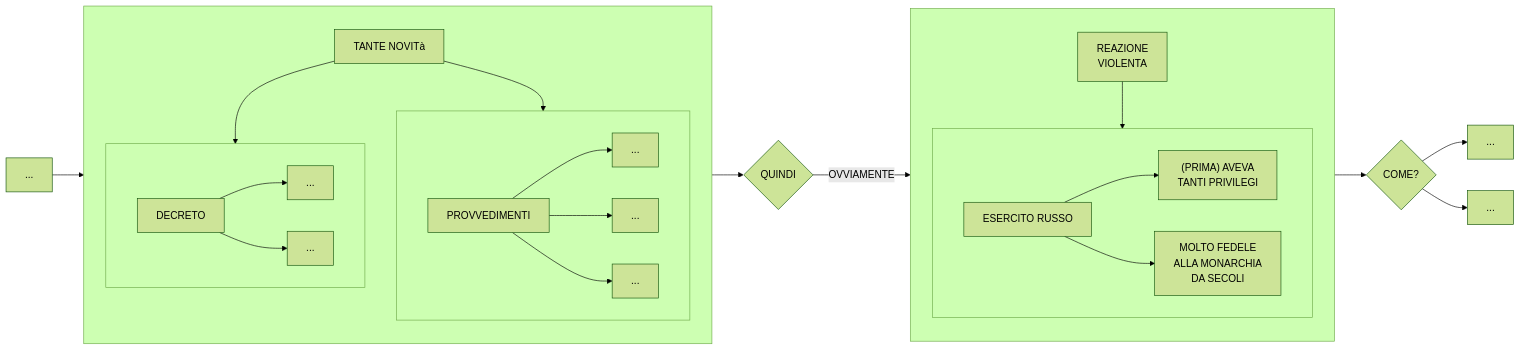
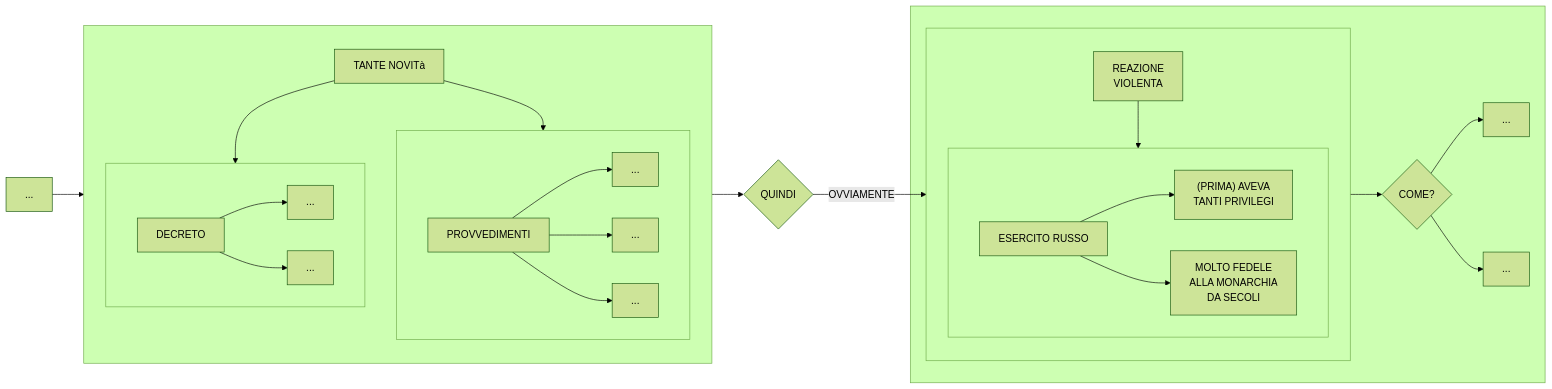
The fifth of 5 diagrams in stalinismo.md (Laaouatni/ricerca-storia-MermaidJS), drawn with Mermaid (forest theme) before and after one commit.

````diff
--- a/stalinismo.md
+++ b/stalinismo.md
@@ -191,39 +191,41 @@
 ```mermaid
 flowchart LR
     03[...]
     subgraph 0[" "]
         01[TANTE NOVITà]
         subgraph 010[" "]
             0100[PROVVEDIMENTI]
             01000[...]
             01001[...]
             01002[...]
             0100 --> 01000 & 01001 & 01002
         end
         subgraph 011[" "]
             0110[DECRETO]
             01100[...]
             01101[...]
             0110 --> 01100 & 01101
         end
         01 --> 010 & 011
     end
     02{QUINDI}
     03 --> 0 --> 02
-    subgraph 020[" "]
-        0200[REAZIONE <br> VIOLENTA]
-        subgraph 021[" "]
-            0210[ESERCITO RUSSO]
-            02100["(PRIMA) AVEVA <BR> TANTI PRIVILEGI"]
-            02101[MOLTO FEDELE <BR> ALLA MONARCHIA <BR> DA SECOLI]
-            0210 --> 02100 & 02101
+    subgraph 022[" "]
+        subgraph 020[" "]
+            0200[REAZIONE <br> VIOLENTA]
+            subgraph 021[" "]
+                0210[ESERCITO RUSSO]
+                02100["(PRIMA) AVEVA <BR> TANTI PRIVILEGI"]
+                02101[MOLTO FEDELE <BR> ALLA MONARCHIA <BR> DA SECOLI]
+                0210 --> 02100 & 02101
+            end
+            0200 --> 021
         end
-        0200 --> 021
+        04{COME?}
+        040[...]
+        041[...]
+        04 --> 040 & 041
     end
     02 -->|OVVIAMENTE| 020
-    04{COME?}
     020 --> 04
-    040[...]
-    041[...]
-    04 --> 040 & 041
 ```
````
